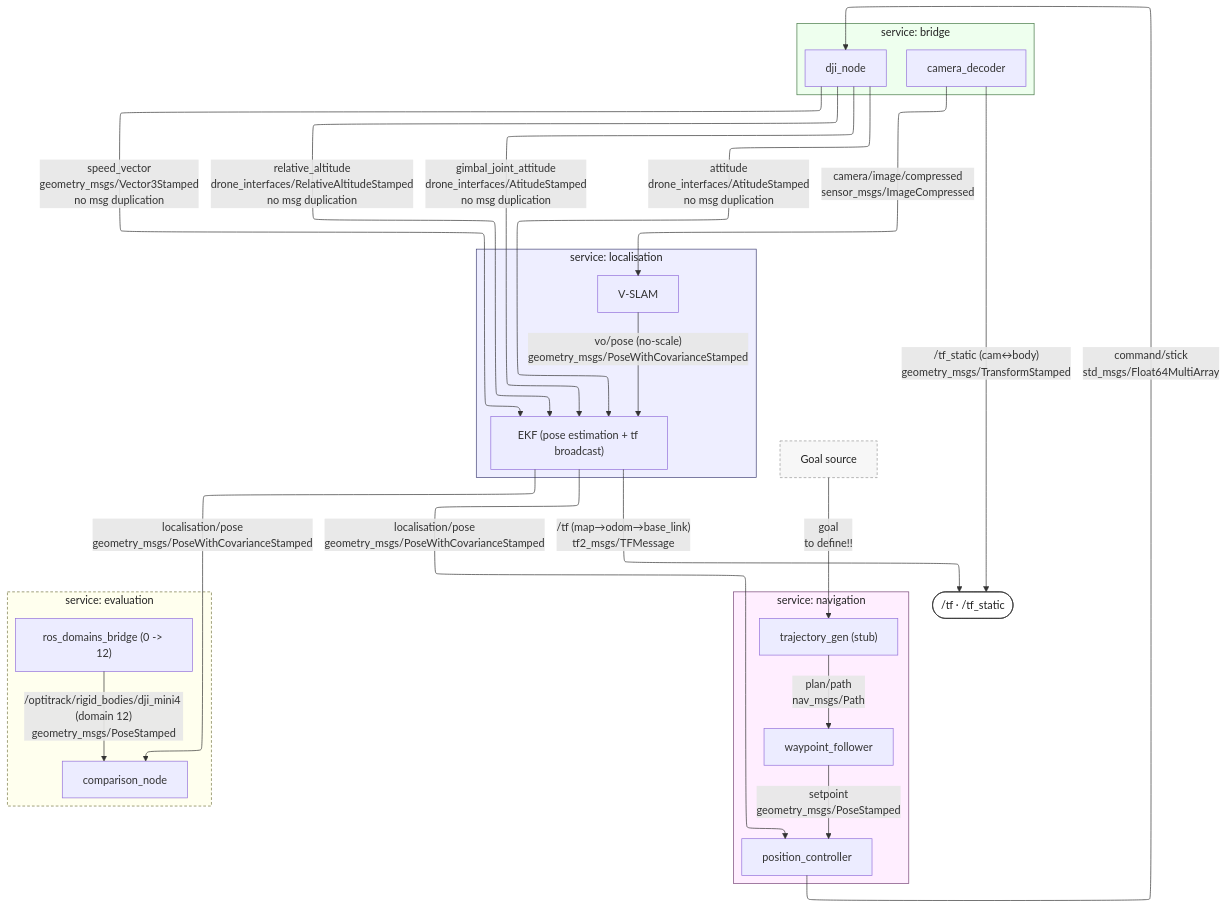
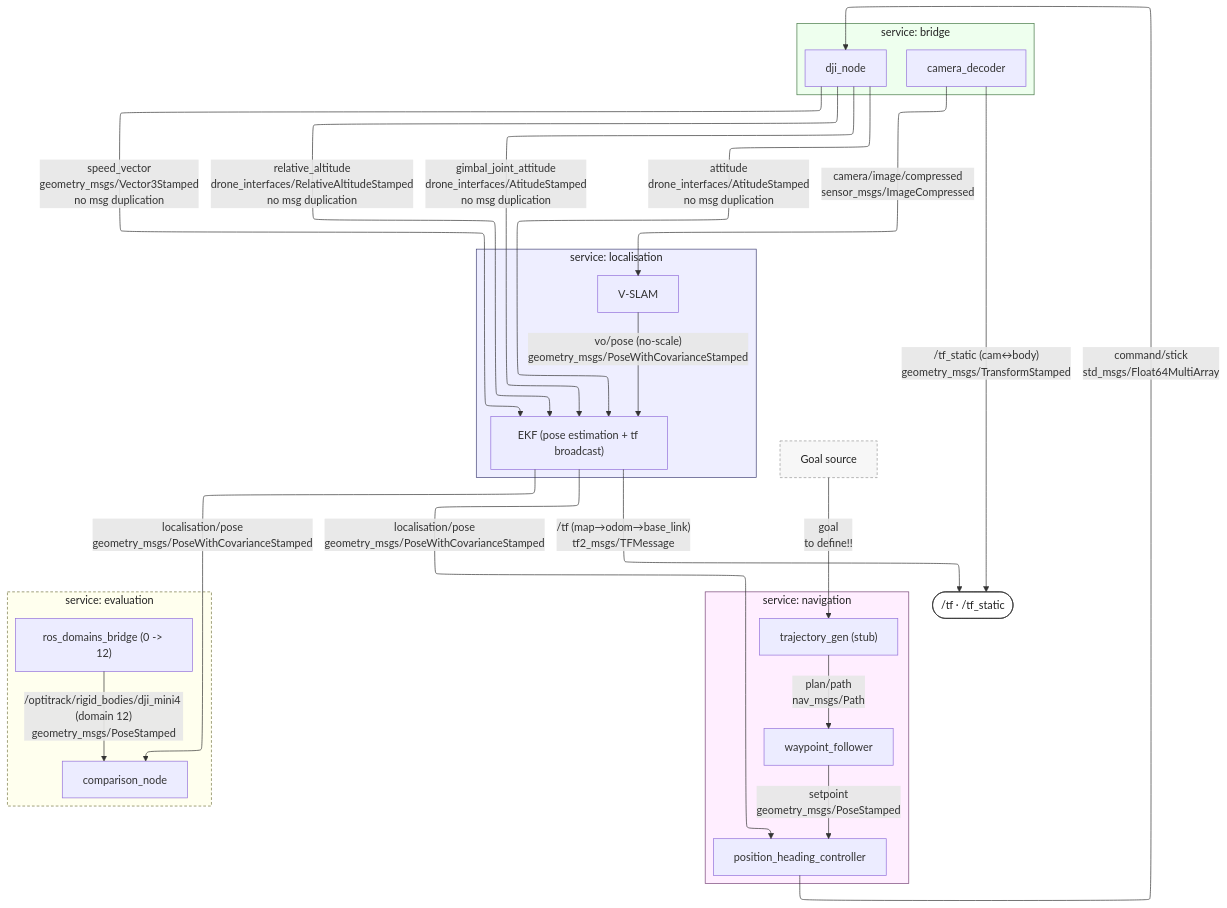
Before and after one commit to cristhianpoveda/path_planning_aerial_inspection: the diagram in docs/node_graph.mmd, drawn with Mermaid.

Commit message:
doc: updated node graph: position -> position and heading controller

```diff
--- a/docs/node_graph.mmd
+++ b/docs/node_graph.mmd
@@ -1,73 +1,73 @@
 ---
 config:
   layout: elk
 ---
 
 flowchart TB
 
     %% DEFINE GOAL SOURCE
     GOALSRC["Goal source"]
 
     %% BRIDGE service
     subgraph BRIDGE["service: bridge"]
         DJI["dji_node"]
         DEC["camera_decoder"]
     end
 
     %% LOCALISATION service
     subgraph LOC["service: localisation"]
         SLAM["V-SLAM"]
         EKF["EKF (pose estimation + tf broadcast)"]
     end
 
     %% NAVIGATION service
     subgraph NAV["service: navigation"]
         TRAJ["trajectory_gen (stub)"]
         WPF["waypoint_follower"]
-        PC["position_controller"]
+        PC["position_heading_controller"]
     end
 
     %% EVALUATION service (dev-only)
     subgraph EVAL["service: evaluation"]
         DB["ros_domains_bridge (0 -> 12)"]
         CMP["comparison_node"]
     end
 
     %% Just to show the relation to my nodes
     TF([" /tf · /tf_static "])
 
     %% --- perception ---
     DEC -->|"camera/image/compressed<br/>sensor_msgs/ImageCompressed"| SLAM
 
     %% --- telemetry into EKF (stamped with measurement time) ---
     DJI -->|"speed_vector<br/>geometry_msgs/Vector3Stamped<br/>no msg duplication"| EKF
     DJI -->|"relative_altitude<br/>drone_interfaces/RelativeAltitudeStamped<br/>no msg duplication"| EKF
     DJI -->|"gimbal_joint_attitude<br/>drone_interfaces/AtitudeStamped<br/>no msg duplication"| EKF
     DJI -->|"attitude<br/>drone_interfaces/AtitudeStamped<br/>no msg duplication"| EKF
 
     %% --- localisation internal + output ---
     SLAM -->|"vo/pose (no-scale)<br/>geometry_msgs/PoseWithCovarianceStamped"| EKF
     EKF -->|"localisation/pose<br/>geometry_msgs/PoseWithCovarianceStamped"| PC
 
     %% --- navigation chain ---
     GOALSRC -->|"goal<br/>to define!!"| TRAJ
     TRAJ -->|"plan/path<br/>nav_msgs/Path"| WPF
     WPF -->|"setpoint<br/>geometry_msgs/PoseStamped"| PC
     PC -->|"command/stick<br/>std_msgs/Float64MultiArray"| DJI
 
     %% --- evaluation (dev-only) ---
     EKF -->|"localisation/pose<br/>geometry_msgs/PoseWithCovarianceStamped"| CMP
     DB -->|"/optitrack/rigid_bodies/dji_mini4 (domain 12)<br/>geometry_msgs/PoseStamped"| CMP
 
     %% --- tf publications (broadcast bus) ---
     DEC -->|"/tf_static (cam&harr;body)<br/>geometry_msgs/TransformStamped"| TF
     EKF -->|"/tf (map&rarr;odom&rarr;base_link)<br/>tf2_msgs/TFMessage"| TF
 
     %% /telemetry/satellite_count if switches indoor and outdoor
 
     style BRIDGE fill:#efe,stroke:#474,color:#222
     style LOC fill:#eef,stroke:#447,color:#222
     style NAV fill:#fef,stroke:#747,color:#222
     style EVAL fill:#ffe,stroke:#774,color:#222,stroke-dasharray:4 3
     style GOALSRC fill:#f7f7f7,stroke:#999,color:#222,stroke-dasharray:4 3
     style TF fill:#fff,stroke:#333,color:#222
```
